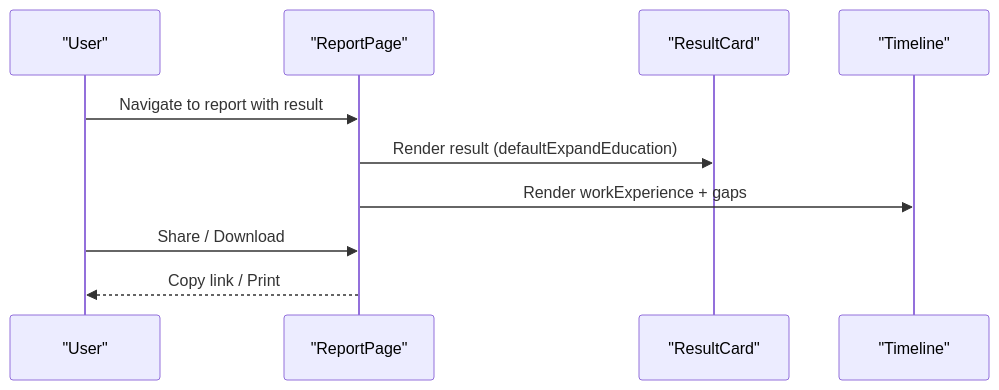
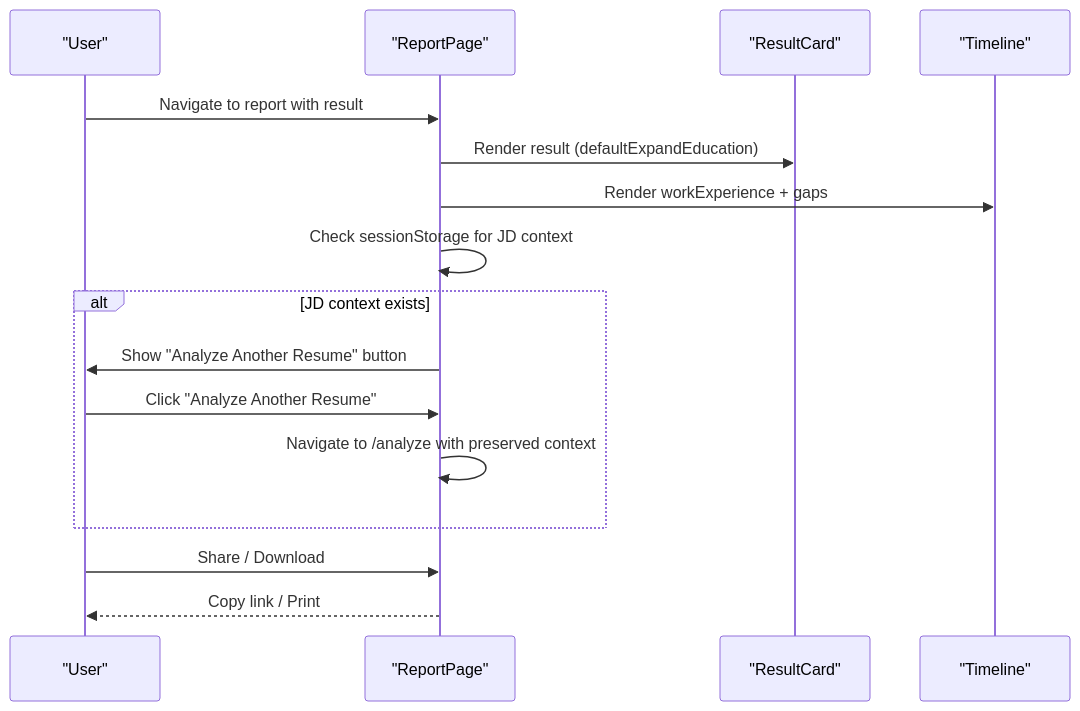
Before and after one commit to Revanththetalogics/aireume: the seventh of 10 diagrams in .qoder/repowiki/en/content/Reporting & Analytics/Comparison & Visualization.md, drawn with Mermaid. The commit also changed other lines of this file and 15 other files, not shown here.

````diff
--- a/.qoder/repowiki/en/content/Reporting & Analytics/Comparison & Visualization.md
+++ b/.qoder/repowiki/en/content/Reporting & Analytics/Comparison & Visualization.md
@@ -290,12 +302,18 @@
 ```mermaid
 sequenceDiagram
 participant U as "User"
 participant RP as "ReportPage"
 participant RC as "ResultCard"
 participant TL as "Timeline"
 U->>RP : Navigate to report with result
 RP->>RC : Render result (defaultExpandEducation)
 RP->>TL : Render workExperience + gaps
+RP->>RP : Check sessionStorage for JD context
+alt JD context exists
+RP->>U : Show "Analyze Another Resume" button
+U->>RP : Click "Analyze Another Resume"
+RP->>RP : Navigate to /analyze with preserved context
+end
 U->>RP : Share / Download
 RP-->>U : Copy link / Print
 ```
````
